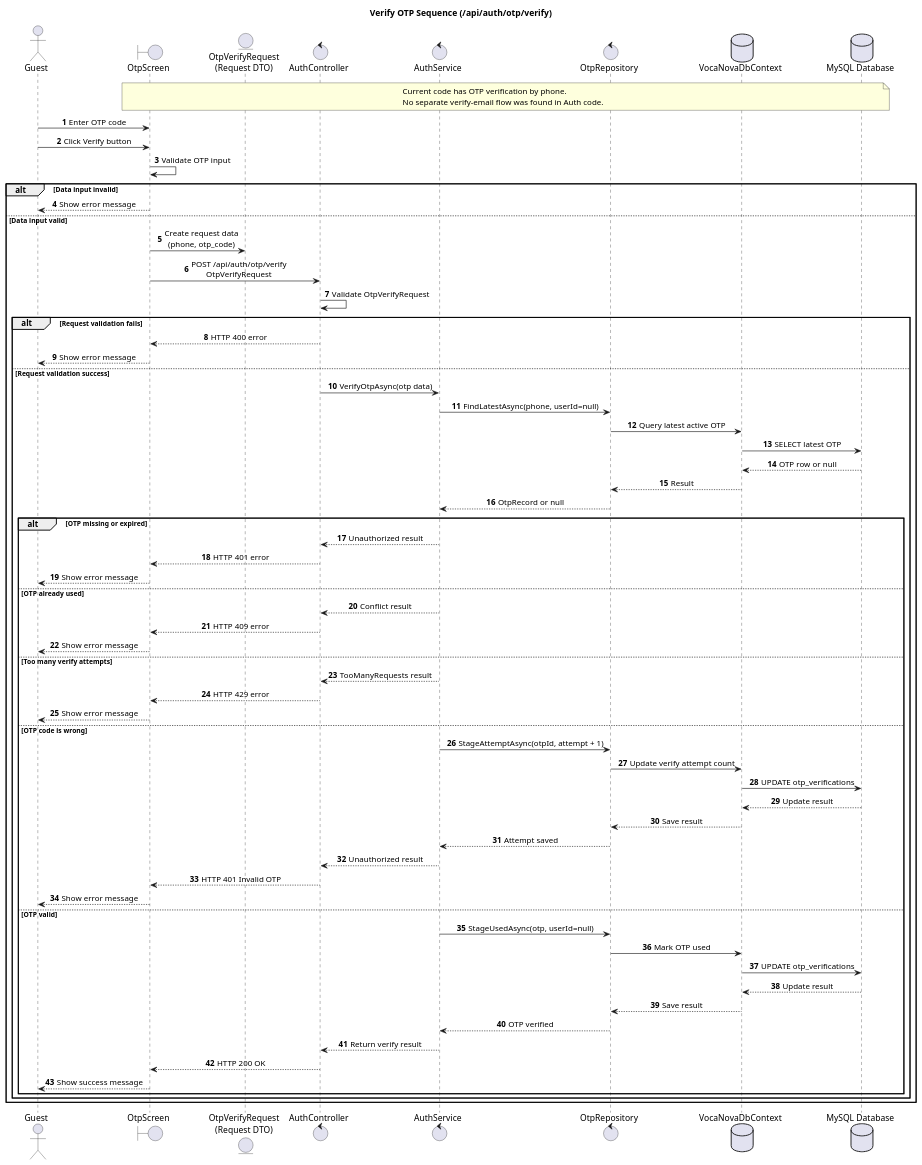
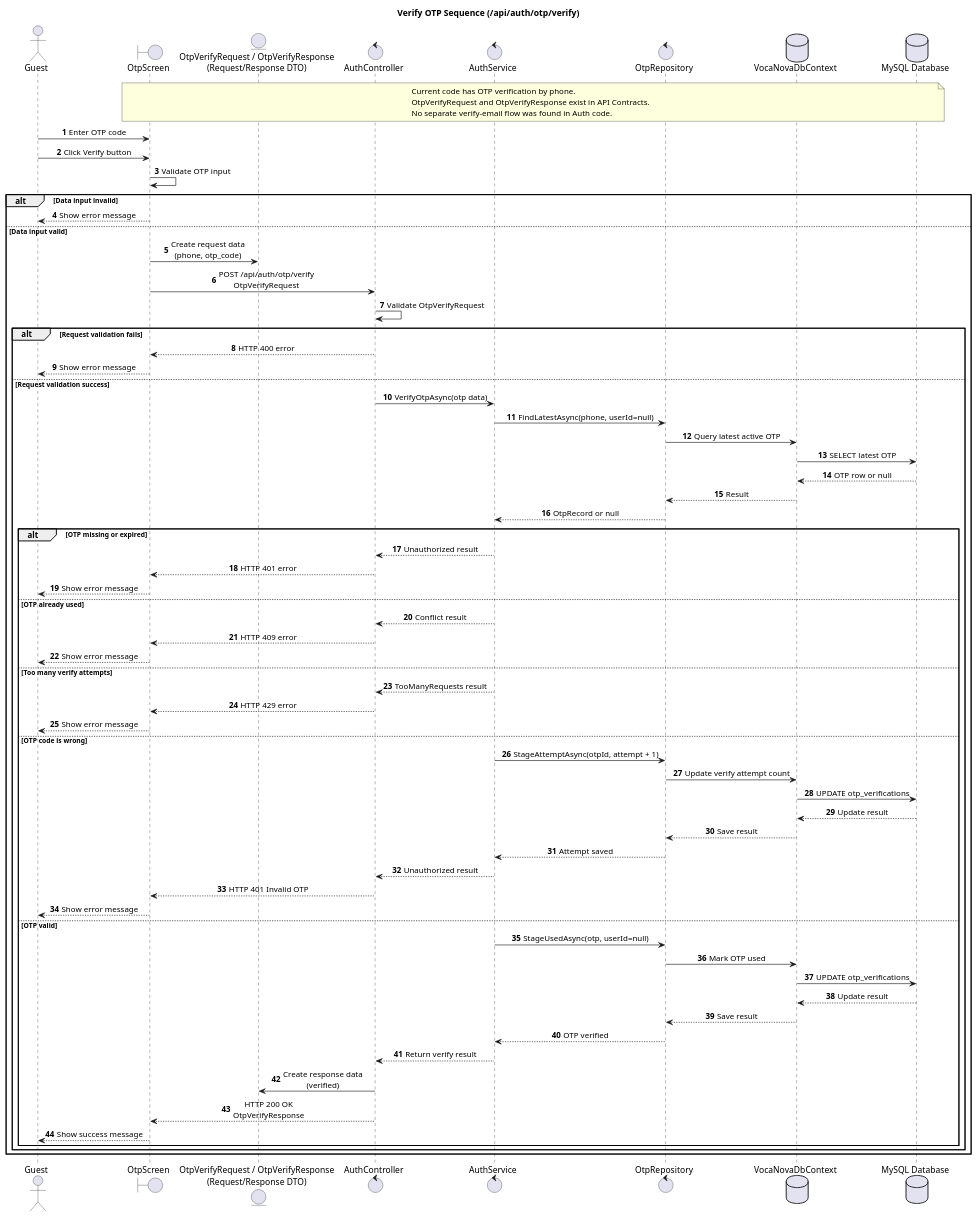
Before and after one commit to thisIsCenx04/VocaNova: the diagram in docs/diagrams/auth-verify-otp-sequence.puml, drawn with PlantUML. The commit also changed 5 other files, not shown here.

Commit message:
fix/DTO-sequences

```diff
--- a/docs/diagrams/auth-verify-otp-sequence.puml
+++ b/docs/diagrams/auth-verify-otp-sequence.puml
@@ -1,83 +1,85 @@
 @startuml
 title Verify OTP Sequence (/api/auth/otp/verify)
 
 autonumber
 skinparam responseMessageBelowArrow true
 skinparam sequenceMessageAlign center
 
 actor Guest
 boundary "OtpScreen" as OtpScreen
-entity "OtpVerifyRequest\n(Request DTO)" as OtpVerifyRequest
+entity "OtpVerifyRequest / OtpVerifyResponse\n(Request/Response DTO)" as OtpVerifyDto
 control "AuthController" as AuthController
 control "AuthService" as AuthService
 control "OtpRepository" as OtpRepository
 database "VocaNovaDbContext" as DbContext
 database "MySQL Database" as MySQL
 
 note over OtpScreen, MySQL
 Current code has OTP verification by phone.
+OtpVerifyRequest and OtpVerifyResponse exist in API Contracts.
 No separate verify-email flow was found in Auth code.
 end note
 
 Guest -> OtpScreen: Enter OTP code
 Guest -> OtpScreen: Click Verify button
 OtpScreen -> OtpScreen: Validate OTP input
 
 alt Data input invalid
     OtpScreen --> Guest: Show error message
 else Data input valid
-    OtpScreen -> OtpVerifyRequest: Create request data\n(phone, otp_code)
+    OtpScreen -> OtpVerifyDto: Create request data\n(phone, otp_code)
     OtpScreen -> AuthController: POST /api/auth/otp/verify\nOtpVerifyRequest
     AuthController -> AuthController: Validate OtpVerifyRequest
 
     alt Request validation fails
         AuthController --> OtpScreen: HTTP 400 error
         OtpScreen --> Guest: Show error message
     else Request validation success
         AuthController -> AuthService: VerifyOtpAsync(otp data)
         AuthService -> OtpRepository: FindLatestAsync(phone, userId=null)
         OtpRepository -> DbContext: Query latest active OTP
         DbContext -> MySQL: SELECT latest OTP
         MySQL --> DbContext: OTP row or null
         DbContext --> OtpRepository: Result
         OtpRepository --> AuthService: OtpRecord or null
 
         alt OTP missing or expired
             AuthService --> AuthController: Unauthorized result
             AuthController --> OtpScreen: HTTP 401 error
             OtpScreen --> Guest: Show error message
         else OTP already used
             AuthService --> AuthController: Conflict result
             AuthController --> OtpScreen: HTTP 409 error
             OtpScreen --> Guest: Show error message
         else Too many verify attempts
             AuthService --> AuthController: TooManyRequests result
             AuthController --> OtpScreen: HTTP 429 error
             OtpScreen --> Guest: Show error message
         else OTP code is wrong
             AuthService -> OtpRepository: StageAttemptAsync(otpId, attempt + 1)
             OtpRepository -> DbContext: Update verify attempt count
             DbContext -> MySQL: UPDATE otp_verifications
             MySQL --> DbContext: Update result
             DbContext --> OtpRepository: Save result
             OtpRepository --> AuthService: Attempt saved
 
             AuthService --> AuthController: Unauthorized result
             AuthController --> OtpScreen: HTTP 401 Invalid OTP
             OtpScreen --> Guest: Show error message
         else OTP valid
             AuthService -> OtpRepository: StageUsedAsync(otp, userId=null)
             OtpRepository -> DbContext: Mark OTP used
             DbContext -> MySQL: UPDATE otp_verifications
             MySQL --> DbContext: Update result
             DbContext --> OtpRepository: Save result
             OtpRepository --> AuthService: OTP verified
 
             AuthService --> AuthController: Return verify result
-            AuthController --> OtpScreen: HTTP 200 OK
+            AuthController -> OtpVerifyDto: Create response data\n(verified)
+            AuthController --> OtpScreen: HTTP 200 OK\nOtpVerifyResponse
             OtpScreen --> Guest: Show success message
         end
     end
 end
 
 @enduml
```
